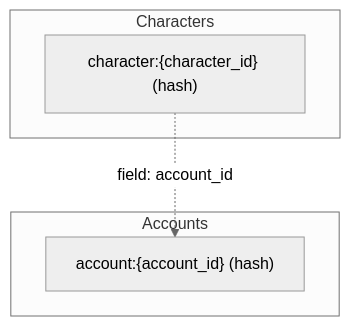
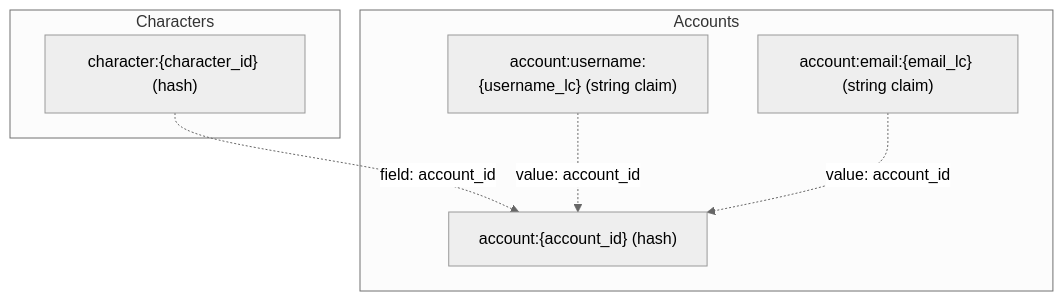
The first of 3 diagrams in api/README.md (engineerjames/men-among-gods-reforged), drawn with Mermaid (neutral theme) before and after one commit. The commit also changed other lines of this file, not shown here.

````diff
--- a/api/README.md
+++ b/api/README.md
@@ -39,12 +39,17 @@
 ```mermaid
 flowchart TB
     subgraph Accounts
         A_HASH["account:{account_id} (hash)"]
+        U_CLAIM["account:username:{username_lc} (string claim)"]
+        E_CLAIM["account:email:{email_lc} (string claim)"]
     end
 
     subgraph Characters
         C_HASH["character:{character_id} (hash)"]
     end
 
     C_HASH -. "field: account_id" .-> A_HASH
+
+    U_CLAIM -. "value: account_id" .-> A_HASH
+    E_CLAIM -. "value: account_id" .-> A_HASH
 ```
````
